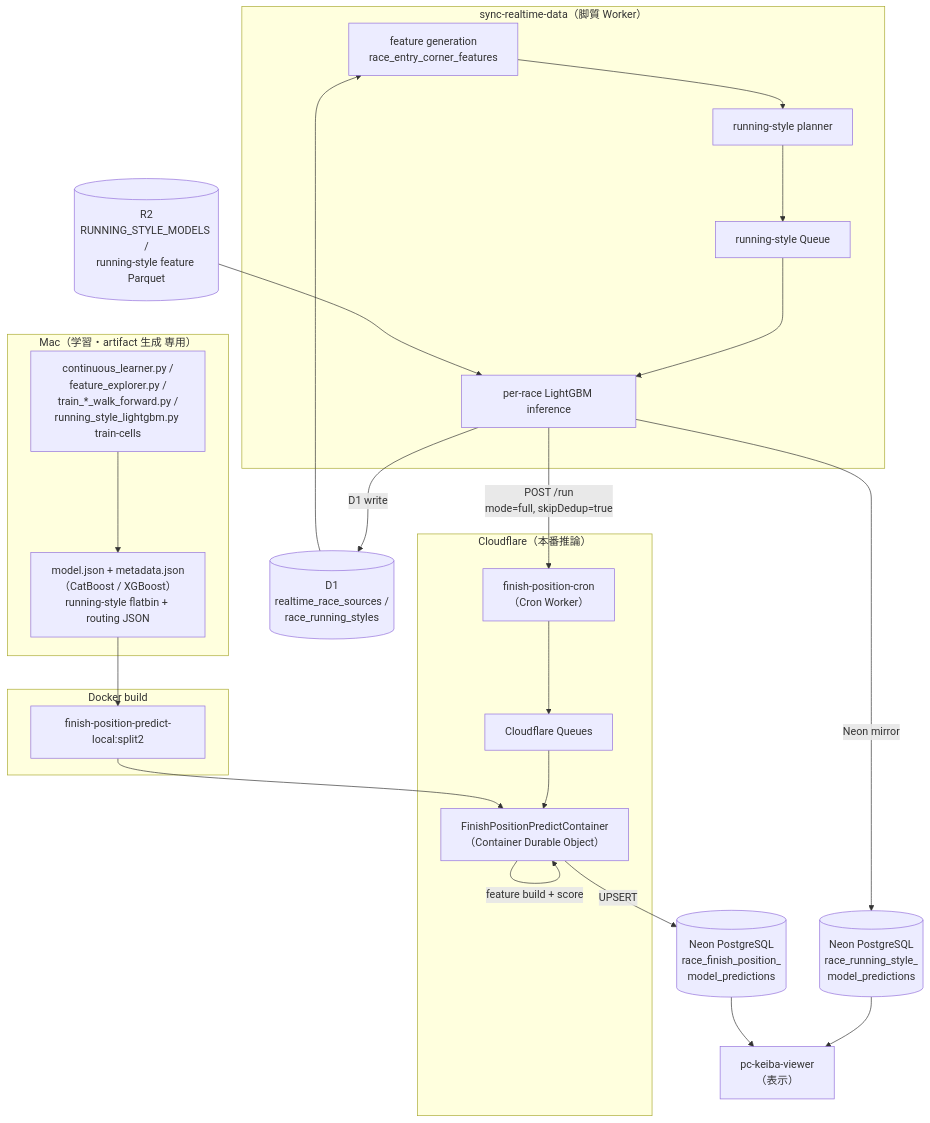
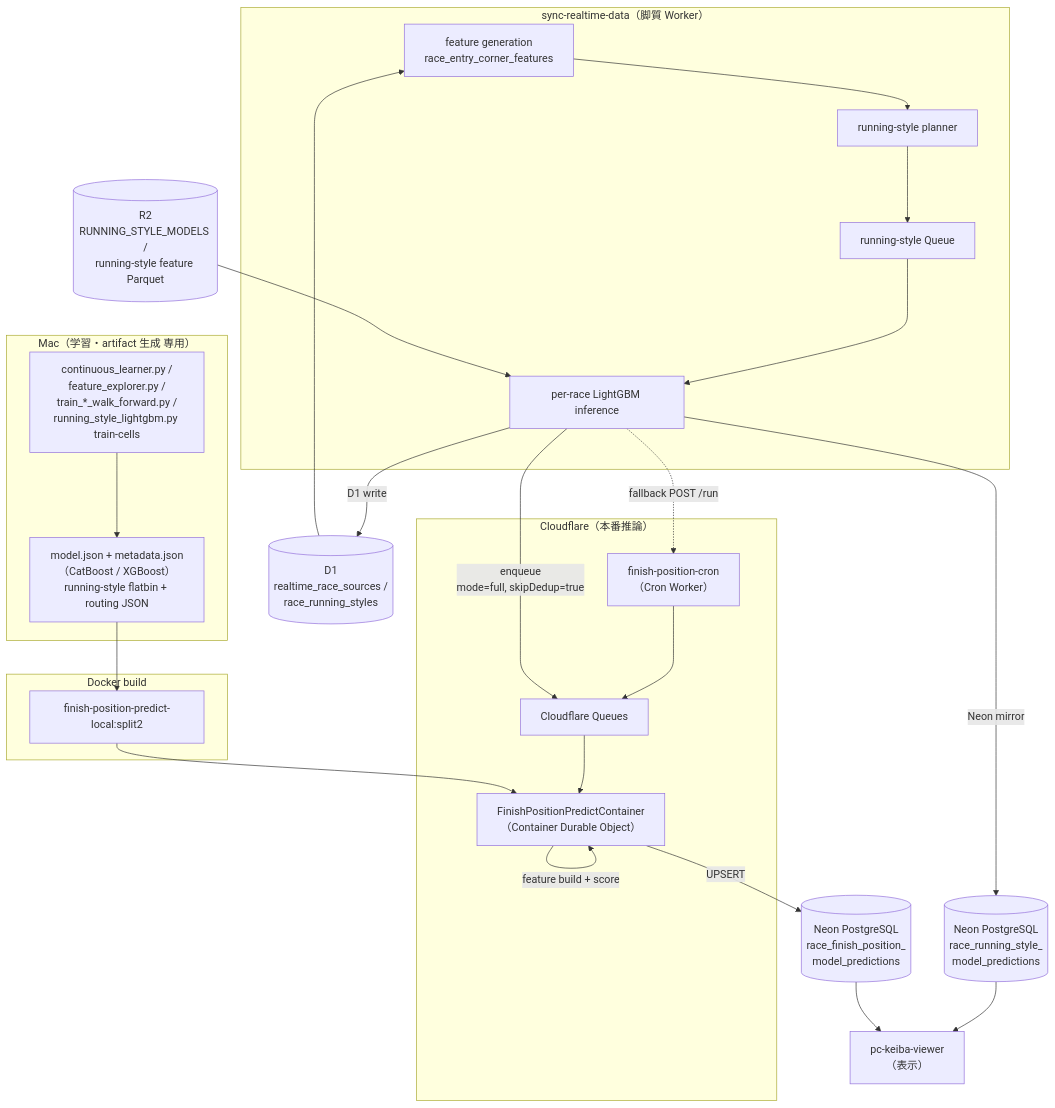
The first of 10 diagrams in docs/finish-position-prediction-system.md (kkkaoru/horse-racing-data), drawn with Mermaid before and after one commit. The commit also changed other lines of this file and 14 other files, not shown here.

````diff
--- a/docs/finish-position-prediction-system.md
+++ b/docs/finish-position-prediction-system.md
@@ -22,45 +23,46 @@
 ```mermaid
 flowchart TB
     subgraph MAC["Mac（学習・artifact 生成 専用）"]
         TRAIN["continuous_learner.py /<br/>feature_explorer.py /<br/>train_*_walk_forward.py /<br/>running_style_lightgbm.py train-cells"]
         ARTI["model.json + metadata.json<br/>（CatBoost / XGBoost）<br/>running-style flatbin + routing JSON"]
         TRAIN --> ARTI
     end
 
     subgraph BUILD["Docker build"]
         IMG["finish-position-predict-local:split2"]
     end
 
     subgraph RT["sync-realtime-data（脚質 Worker）"]
         FEAT["feature generation<br/>race_entry_corner_features"]
         RSPLAN["running-style planner"]
         RSQUEUE["running-style Queue"]
         RSINFER["per-race LightGBM inference"]
         FEAT --> RSPLAN --> RSQUEUE --> RSINFER
     end
 
     subgraph CF["Cloudflare（本番推論）"]
         CRON["finish-position-cron<br/>（Cron Worker）"]
         QUEUE["Cloudflare Queues"]
         DO["FinishPositionPredictContainer<br/>（Container Durable Object）"]
         CRON --> QUEUE --> DO
     end
 
     D1[("D1<br/>realtime_race_sources /<br/>race_running_styles")]
     R2RS[("R2<br/>RUNNING_STYLE_MODELS /<br/>running-style feature Parquet")]
     NEONRS[("Neon PostgreSQL<br/>race_running_style_<br/>model_predictions")]
     NEON[("Neon PostgreSQL<br/>race_finish_position_<br/>model_predictions")]
     VIEWER["pc-keiba-viewer<br/>（表示）"]
 
     D1 --> FEAT
     R2RS --> RSINFER
     RSINFER -->|"D1 write"| D1
     RSINFER -->|"Neon mirror"| NEONRS
-    RSINFER -->|"POST /run<br/>mode=full, skipDedup=true"| CRON
+    RSINFER -->|"enqueue<br/>mode=full, skipDedup=true"| QUEUE
+    RSINFER -.->|"fallback POST /run"| CRON
     ARTI --> IMG
     IMG --> DO
     DO -->|"feature build + score"| DO
     DO -->|"UPSERT"| NEON
     NEONRS --> VIEWER
     NEON --> VIEWER
 ```
````
